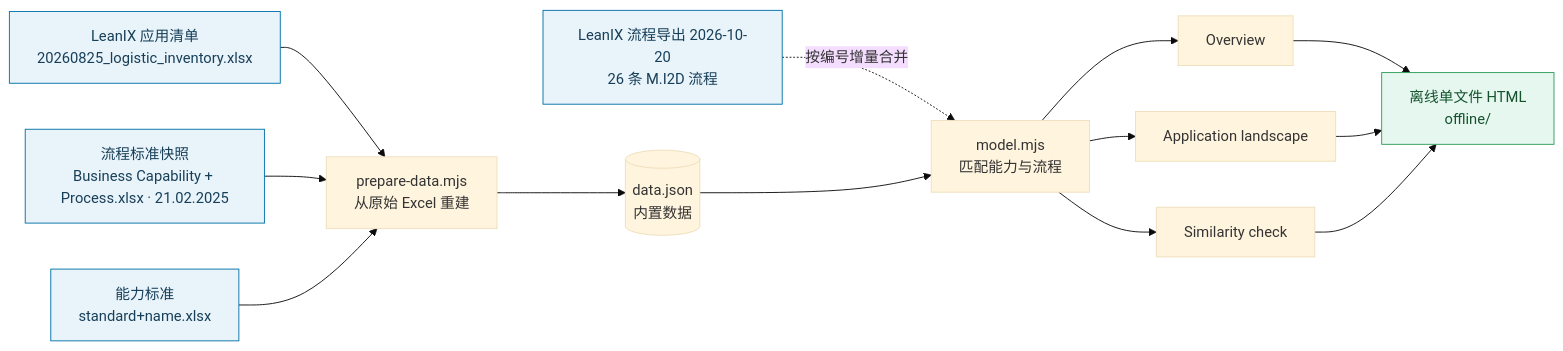
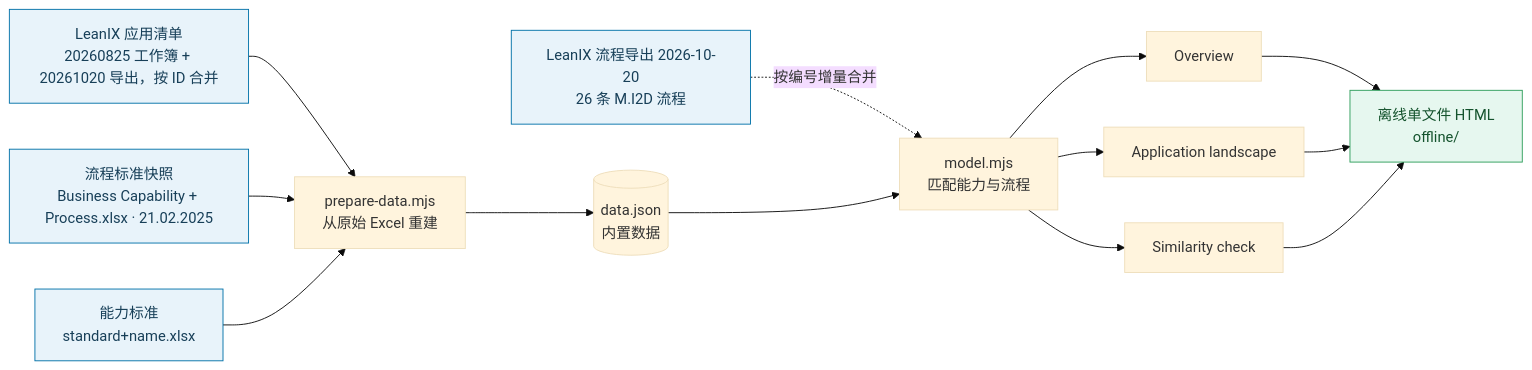
Before and after one commit to 2113326213-design/logistics-digital-portfolio: the diagram in README.md, drawn with Mermaid (base theme). The commit also changed other lines of this file and 55 other files, not shown here.

````diff
--- a/README.md
+++ b/README.md
@@ -232,17 +235,17 @@
 ```mermaid
 flowchart LR
-  inv["LeanIX 应用清单<br/>20260825_logistic_inventory.xlsx"] --> prep
+  inv["LeanIX 应用清单<br/>20260825 工作簿 + 20261020 导出，按 ID 合并"] --> prep
   std["流程标准快照<br/>Business Capability + Process.xlsx · 21.02.2025"] --> prep
   cap["能力标准<br/>standard+name.xlsx"] --> prep
   prep["prepare-data.mjs<br/>从原始 Excel 重建"] --> data[("data.json<br/>内置数据")]
   lx["LeanIX 流程导出 2026-10-20<br/>26 条 M.I2D 流程"] -. 按编号增量合并 .-> model
   data --> model["model.mjs<br/>匹配能力与流程"]
   model --> ov["Overview"]
   model --> ls["Application landscape"]
   model --> sim["Similarity check"]
   ov & ls & sim --> html["离线单文件 HTML<br/>offline/"]
   classDef src fill:#e8f3fa,stroke:#0071a8,color:#173f58
   classDef out fill:#e6f7ef,stroke:#2e9e5b,color:#14532d
   class inv,std,cap,lx src
   class html out
 ```
````
